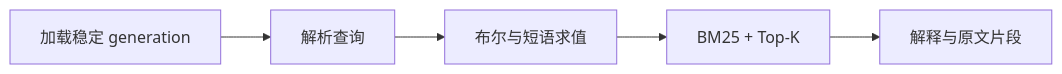
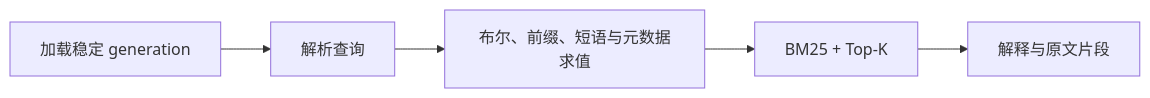
One commit to john2-ui/SnowSeek changed the third of 3 diagrams in docs/architecture.md. Above: the diagram before and after it, drawn with Mermaid. The commit also changed other lines of this file and 12 other files, not shown here.

````diff
--- a/docs/architecture.md
+++ b/docs/architecture.md
@@ -85,10 +85,10 @@
 ```mermaid
 flowchart LR
     Load[加载稳定 generation]
     Parse[解析查询]
-    Evaluate[布尔与短语求值]
+    Evaluate[布尔、前缀、短语与元数据求值]
     Rank[BM25 + Top-K]
     Present[解释与原文片段]
 
     Load --> Parse --> Evaluate --> Rank --> Present
 ```
````
